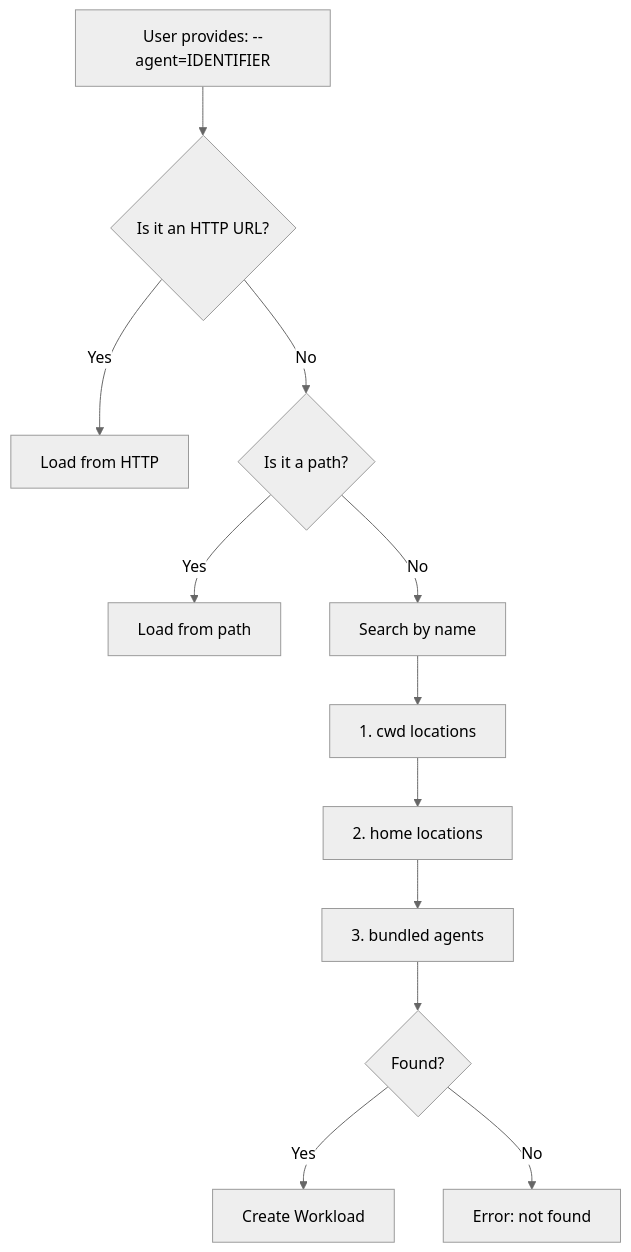
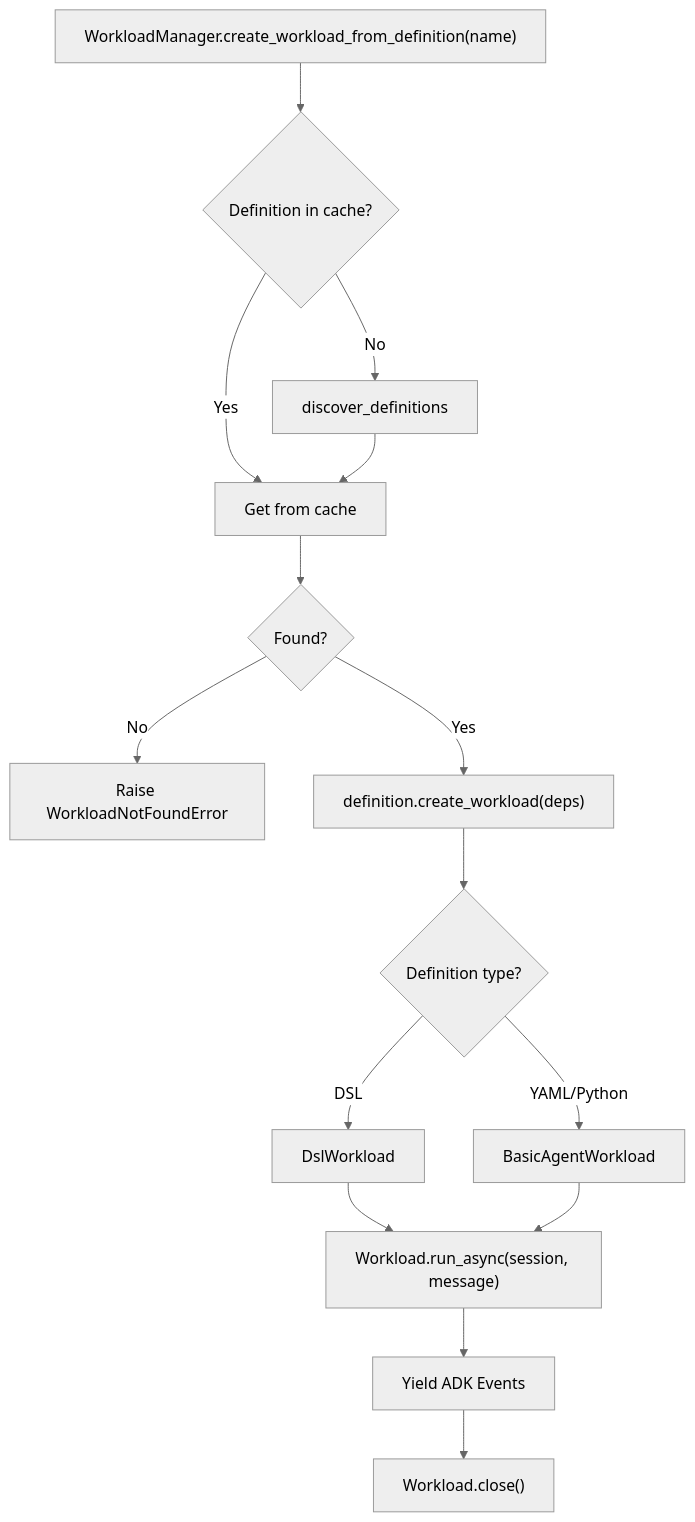
The fourth of 5 diagrams in docs/dev/workloads/architecture.md (streetrace-ai/streetrace), drawn with Mermaid (neutral theme) before and after one commit. The commit also changed other lines of this file and 95 other files, not shown here.

````diff
--- a/docs/dev/workloads/architecture.md
+++ b/docs/dev/workloads/architecture.md
@@ -111,14 +250,17 @@
 ```mermaid
 flowchart TD
-    A[User provides: --agent=IDENTIFIER] --> B{Is it an HTTP URL?}
-    B -->|Yes| C[Load from HTTP]
-    B -->|No| D{Is it a path?}
-    D -->|Yes| E[Load from path]
-    D -->|No| F[Search by name]
-    F --> G[1. cwd locations]
-    G --> H[2. home locations]
-    H --> I[3. bundled agents]
-    I --> J{Found?}
-    J -->|Yes| K[Create Workload]
-    J -->|No| L[Error: not found]
+    A["WorkloadManager.create_workload_from_definition(name)"] --> B{Definition in cache?}
+    B -->|No| C[discover_definitions]
+    B -->|Yes| D[Get from cache]
+    C --> D
+    D --> E{Found?}
+    E -->|No| F[Raise WorkloadNotFoundError]
+    E -->|Yes| G["definition.create_workload(deps)"]
+    G --> H{Definition type?}
+    H -->|DSL| I[DslWorkload]
+    H -->|YAML/Python| J[BasicAgentWorkload]
+    I --> K["Workload.run_async(session, message)"]
+    J --> K
+    K --> L["Yield ADK Events"]
+    L --> M["Workload.close()"]
 ```
````
